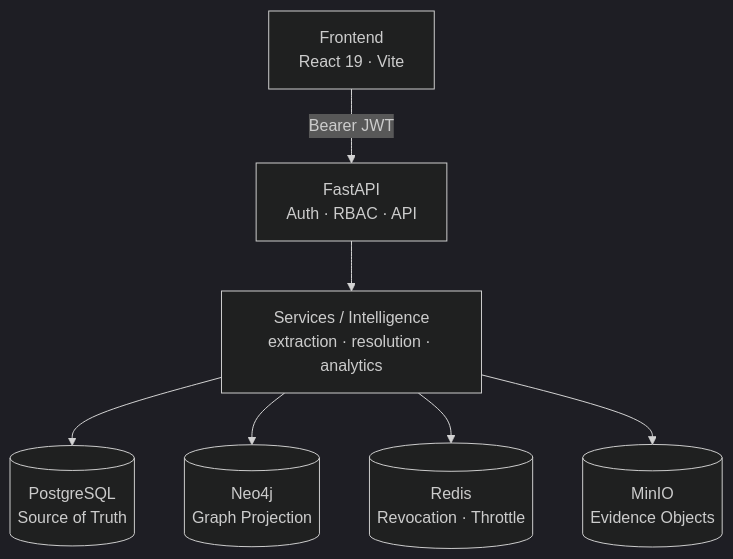
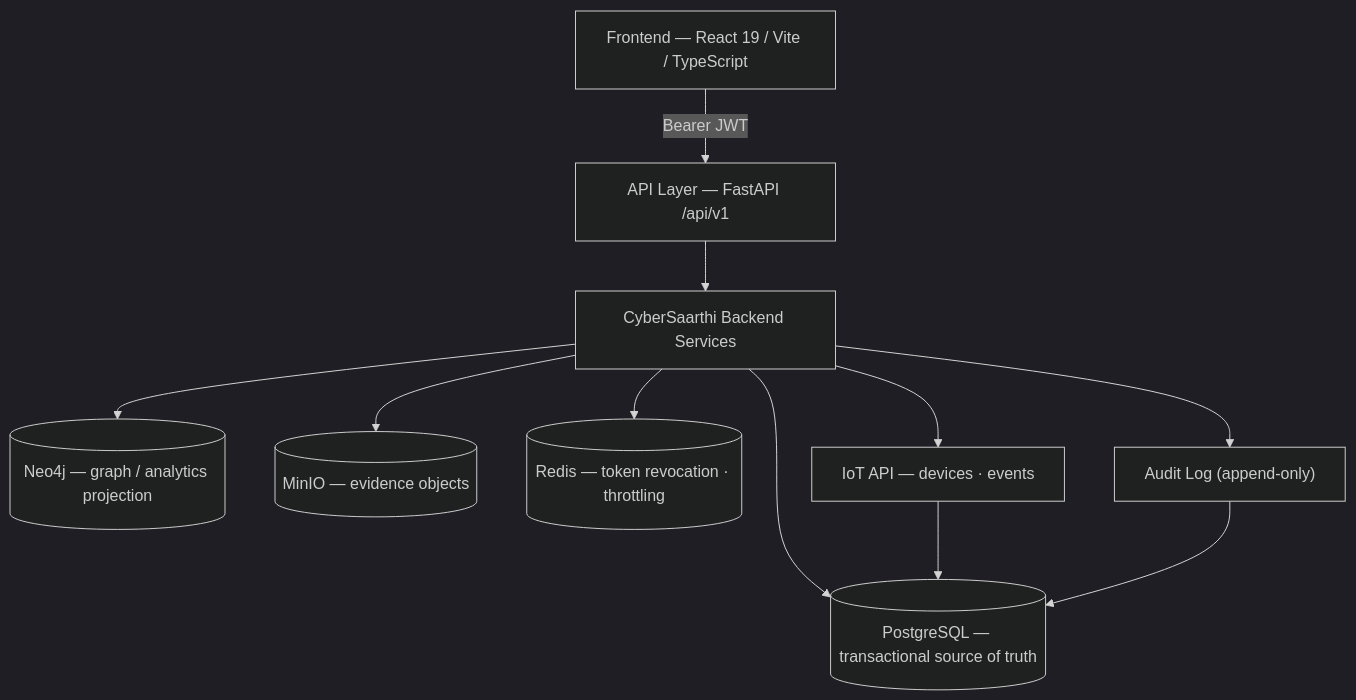
Before and after one commit to 0xhroot/cybersaarthi: the sixth of 12 diagrams in README.md, drawn with Mermaid (dark theme). The commit also changed other lines of this file, not shown here.

````diff
--- a/README.md
+++ b/README.md
@@ -137,17 +266,13 @@
 ```mermaid
 flowchart TB
-    FE["Frontend<br/>React 19 · Vite"]
-    API["FastAPI<br/>Auth · RBAC · API"]
-    SVC["Services / Intelligence<br/>extraction · resolution · analytics"]
-    PG[("PostgreSQL<br/>Source of Truth")]
-    N4J[("Neo4j<br/>Graph Projection")]
-    RED[("Redis<br/>Revocation · Throttle")]
-    MIN[("MinIO<br/>Evidence Objects")]
-
-    FE -->|"Bearer JWT"| API
-    API --> SVC
-    SVC --> PG
-    SVC --> N4J
-    SVC --> RED
-    SVC --> MIN
+    FE["Frontend — React 19 / Vite / TypeScript"] --> |"Bearer JWT"| API["API Layer — FastAPI /api/v1"]
+    API --> APP["CyberSaarthi Backend Services"]
+    APP --> PG[("PostgreSQL — transactional source of truth")]
+    APP --> NEC[("Neo4j — graph / analytics projection")]
+    APP --> MIN[("MinIO — evidence objects")]
+    APP --> RED[("Redis — token revocation · throttling")]
+    APP --> IOT["IoT API — devices · events"]
+    IOT --> PG
+    APP --> AUD["Audit Log (append-only)"]
+    AUD --> PG
 ```
````
